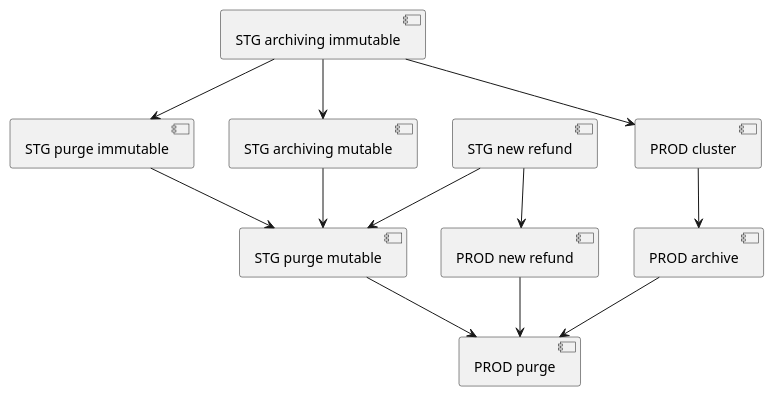
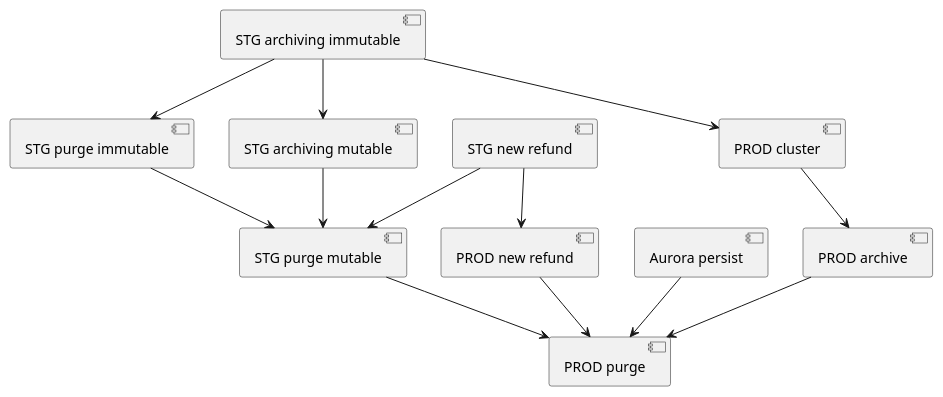
The third of 4 diagrams in mgmt/plan.plantuml (george24601/notes), drawn with PlantUML before and after one commit. The commit also changed 6 other files, not shown here.

```diff
--- a/mgmt/plan.plantuml
+++ b/mgmt/plan.plantuml
@@ -28,13 +28,14 @@
 @startuml
 [STG new refund] --> [STG purge mutable]
 [STG archiving immutable] --> [STG purge immutable]
 [STG archiving immutable] --> [STG archiving mutable] 
 [STG archiving immutable] --> [PROD cluster]
+[Aurora persist] --> [PROD purge]
 [PROD cluster] --> [PROD archive]
 [PROD archive] --> [PROD purge]
 [STG new refund] --> [PROD new refund]
 [PROD new refund] --> [PROD purge]
 [STG archiving mutable] --> [STG purge mutable]
 [STG purge immutable] --> [STG purge mutable]
 [STG purge mutable] --> [PROD purge]
 @enduml
```
